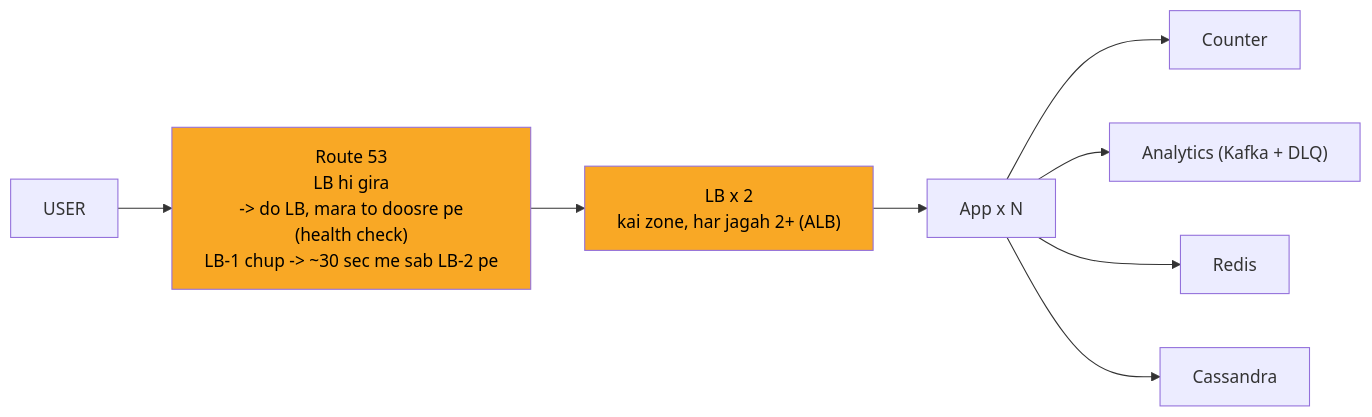
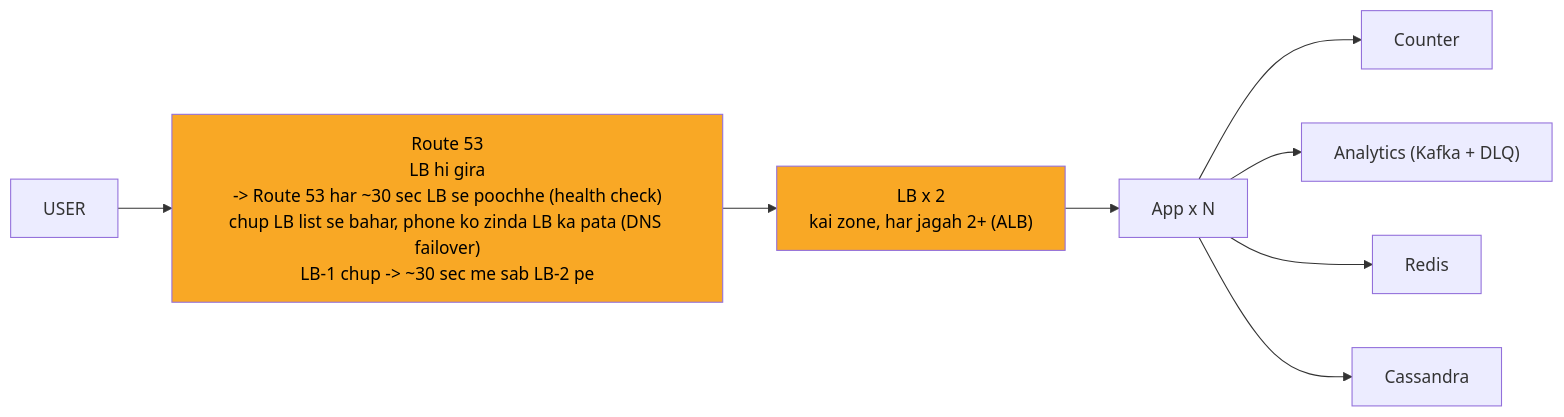
Before and after one commit to ArpanMaheshwari144/Prep: the eighth of 10 diagrams in 04_HLD/SYSTEM_DESIGNS/01_url_shortener/01_url_shortener.md, drawn with Mermaid. The commit also changed other lines of this file and 13 other files, not shown here.

````diff
--- a/04_HLD/SYSTEM_DESIGNS/01_url_shortener/01_url_shortener.md
+++ b/04_HLD/SYSTEM_DESIGNS/01_url_shortener/01_url_shortener.md
@@ -362,21 +362,21 @@
 ```mermaid
 %%{init: {"flowchart": {"wrappingWidth": 450}}}%%
 flowchart LR
     n_USER["USER"]
-    n_Route_53["Route 53<br/>LB hi gira<br/>-> do LB, mara to doosre pe<br/>(health check)<br/>LB-1 chup -> ~30 sec me sab LB-2 pe"]
+    n_Route_53["Route 53<br/>LB hi gira<br/>-> Route 53 har ~30 sec LB se poochhe (health check)<br/>chup LB list se bahar, phone ko zinda LB ka pata (DNS failover)<br/>LB-1 chup -> ~30 sec me sab LB-2 pe"]
     n_LB_xN["LB x 2<br/>kai zone, har jagah 2+ (ALB)"]
     n_App_xN["App x N"]
     n_Counter["Counter"]
     n_ANA["Analytics (Kafka + DLQ)"]
     n_Redis["Redis"]
     n_Cassandra["Cassandra"]
     n_USER --> n_Route_53
     n_Route_53 --> n_LB_xN
     n_LB_xN --> n_App_xN
     n_App_xN --> n_Counter
     n_App_xN --> n_ANA
     n_App_xN --> n_Redis
     n_App_xN --> n_Cassandra
     style n_Route_53 fill:#f9a825,color:#000
     style n_LB_xN fill:#f9a825,color:#000
 ```
````
